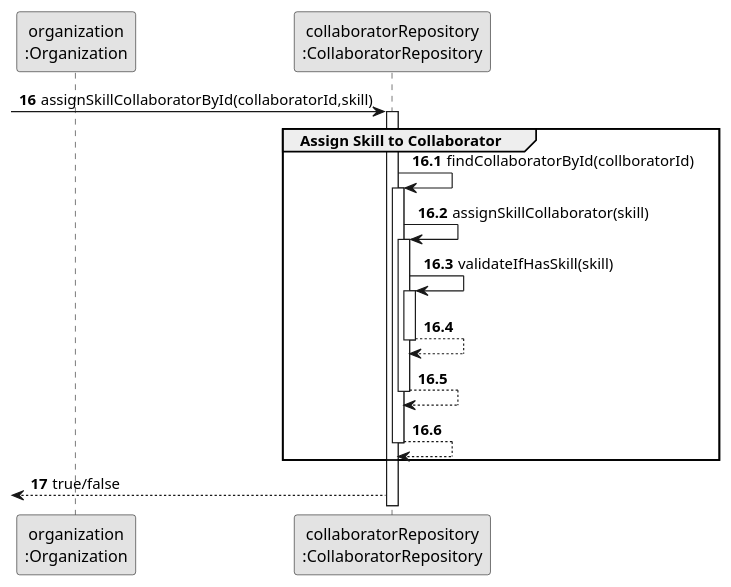
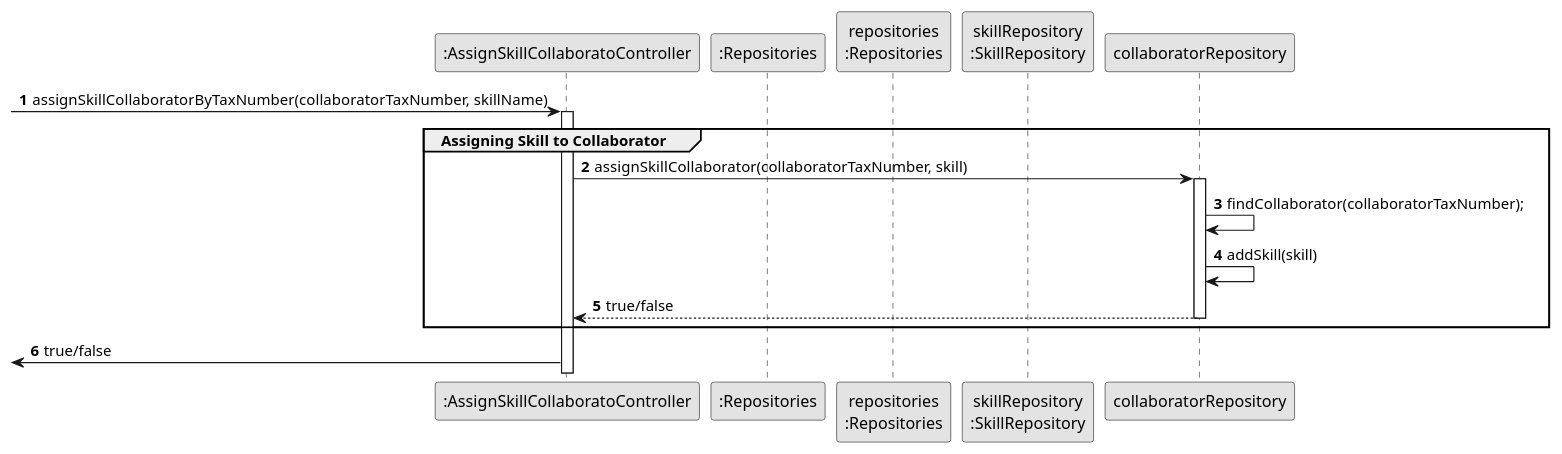
One commit to SAEmanuel/Green_Spaces_Management_ISEP changed the diagram in docs/sprintB/us004/03.design/puml/us004-sequence-diagram-partial-assign-skill-collaborator.puml. Above: the diagram before and after it, drawn with PlantUML. The commit also changed 31 other files, not shown here.

```diff
--- a/docs/sprintB/us004/03.design/puml/us004-sequence-diagram-partial-assign-skill-collaborator.puml
+++ b/docs/sprintB/us004/03.design/puml/us004-sequence-diagram-partial-assign-skill-collaborator.puml
@@ -1,38 +1,36 @@
 @startuml
 skinparam monochrome true
 skinparam packageStyle rectangle
 skinparam shadowing false
 
-participant "organization\n:Organization" as ORG
-participant "collaboratorRepository\n:CollaboratorRepository" as collaboratorRepository
+autonumber
 
-autonumber 16
--> collaboratorRepository: assignSkillCollaboratorById(collaboratorId,skill)
+'hide footbox
 
-autonumber 16.1
-activate collaboratorRepository
+participant ":AssignSkillCollaboratoController" as CTRL
+participant ":Repositories" as RepositorySingleton
+participant "repositories\n:Repositories" as PLAT
+participant "skillRepository\n:SkillRepository" as TaskCategoryRepository
 
-    group Assign Skill to Collaborator
-        collaboratorRepository -> collaboratorRepository : findCollaboratorById(collboratorId)
-        activate collaboratorRepository
+-> CTRL :assignSkillCollaboratorByTaxNumber(collaboratorTaxNumber, skillName)
+            activate CTRL
 
-        collaboratorRepository -> collaboratorRepository: assignSkillCollaborator(skill)
-        activate collaboratorRepository
-        collaboratorRepository -> collaboratorRepository: validateIfHasSkill(skill)
-        activate collaboratorRepository
+               group Assigning Skill to Collaborator
+                        CTRL -> collaboratorRepository :assignSkillCollaborator(collaboratorTaxNumber, skill)
+                        activate collaboratorRepository
 
-        collaboratorRepository --> collaboratorRepository
-        deactivate collaboratorRepository
-        collaboratorRepository --> collaboratorRepository :
-        deactivate collaboratorRepository
-        collaboratorRepository --> collaboratorRepository :
+                        collaboratorRepository -> collaboratorRepository : findCollaborator(collaboratorTaxNumber);
 
-        deactivate collaboratorRepository
-    end
 
-    autonumber 17
-    <-- collaboratorRepository : true/false
-deactivate ORG
+                        collaboratorRepository -> collaboratorRepository: addSkill(skill)
+
+                        collaboratorRepository --> CTRL : true/false
+
+                        deactivate collaboratorRepository
+
+                        end
+
+                <- CTRL : true/false
 
 
 @enduml
```
